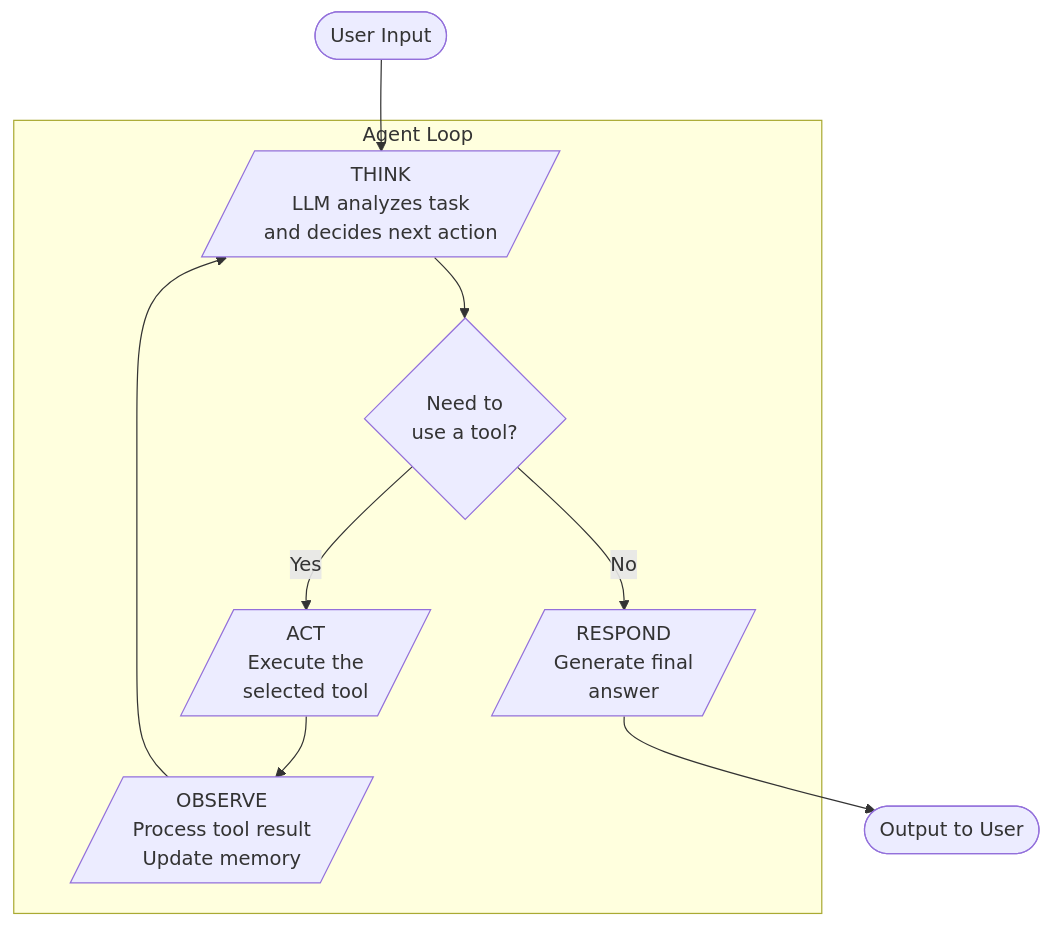
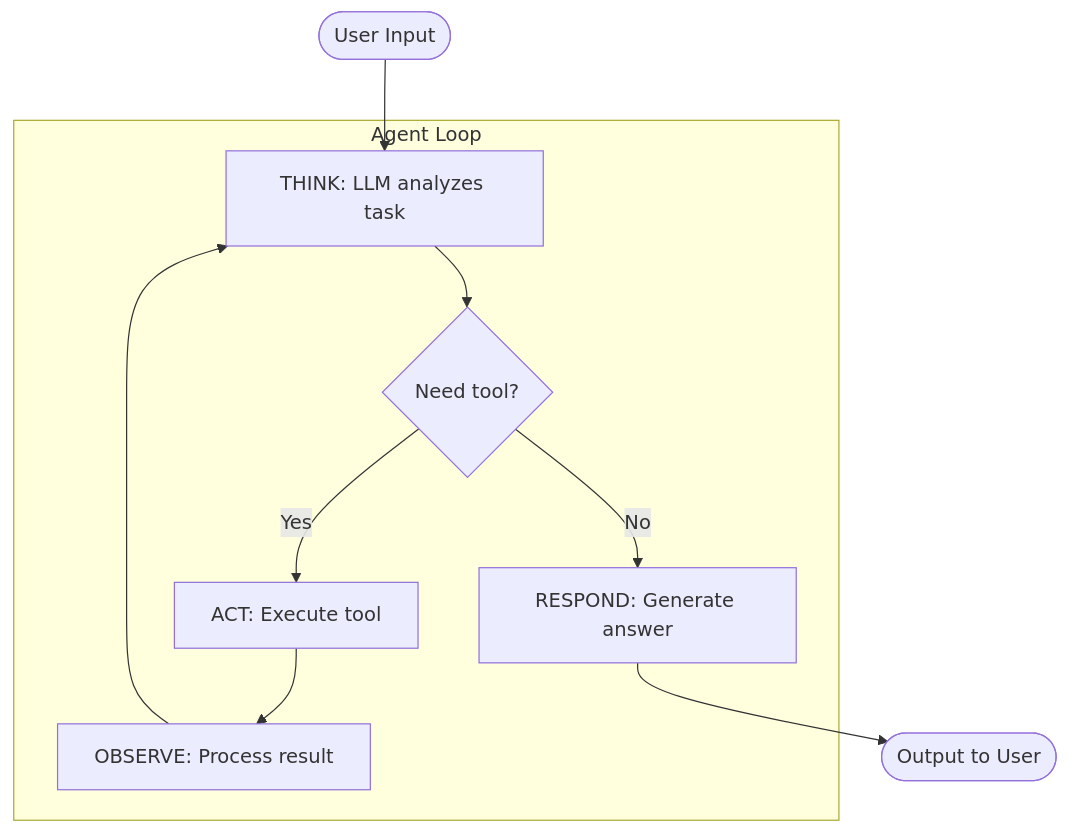
One commit to bdoubleu15-eng/slowhands changed the fourth of 6 diagrams in docs/ARCHITECTURE.md. Above: the diagram before and after it, drawn with Mermaid. The commit also changed other lines of this file and 49 other files, not shown here.

````diff
--- a/docs/ARCHITECTURE.md
+++ b/docs/ARCHITECTURE.md
@@ -170,17 +191,17 @@
 ```mermaid
 flowchart TD
     Start([User Input]) --> Think
 
-    subgraph Loop["Agent Loop"]
-        Think[/"THINK<br/>LLM analyzes task<br/>and decides next action"/]
-        Think --> Decide{Need to<br/>use a tool?}
+    subgraph Loop [Agent Loop]
+        Think[THINK: LLM analyzes task]
+        Think --> Decide{Need tool?}
 
-        Decide -->|Yes| Act[/"ACT<br/>Execute the<br/>selected tool"/]
-        Act --> Observe[/"OBSERVE<br/>Process tool result<br/>Update memory"/]
+        Decide -->|Yes| Act[ACT: Execute tool]
+        Act --> Observe[OBSERVE: Process result]
         Observe --> Think
 
-        Decide -->|No| Respond[/"RESPOND<br/>Generate final<br/>answer"/]
+        Decide -->|No| Respond[RESPOND: Generate answer]
     end
 
     Respond --> End([Output to User])
 ```
````
